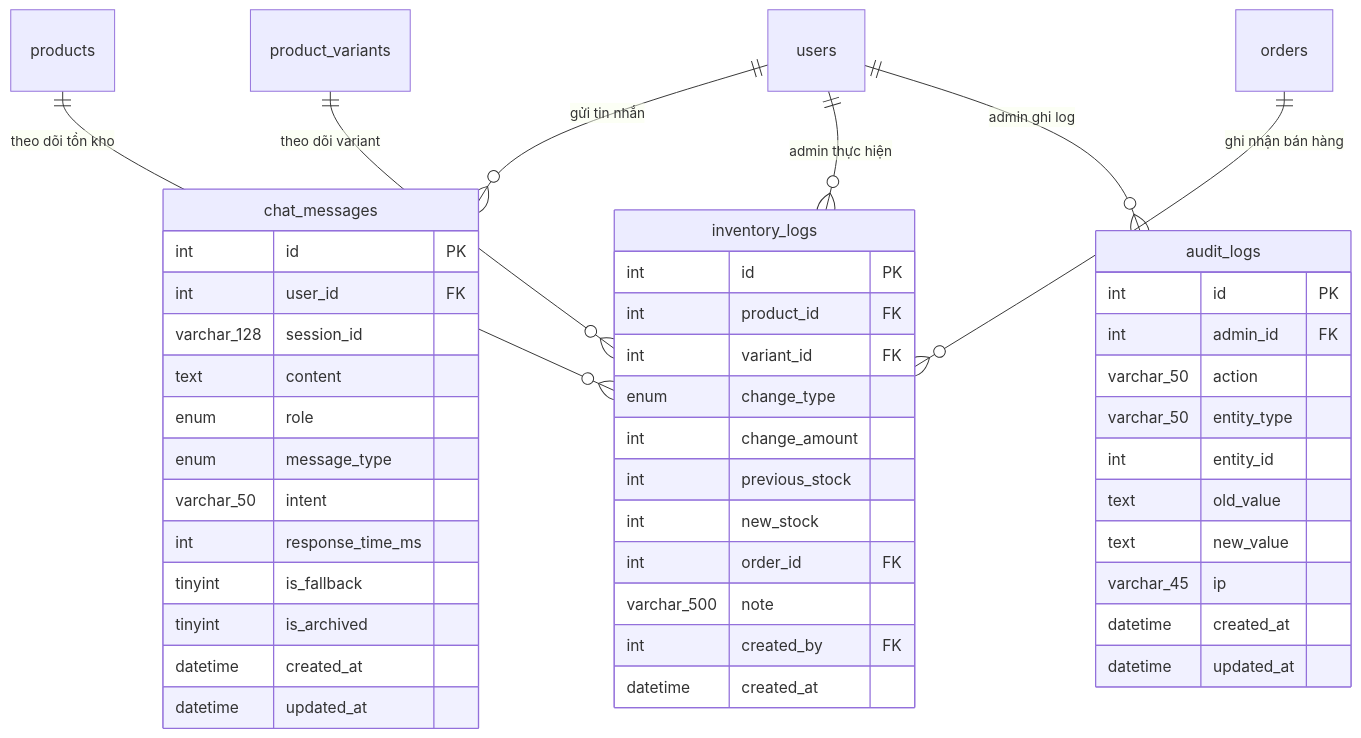
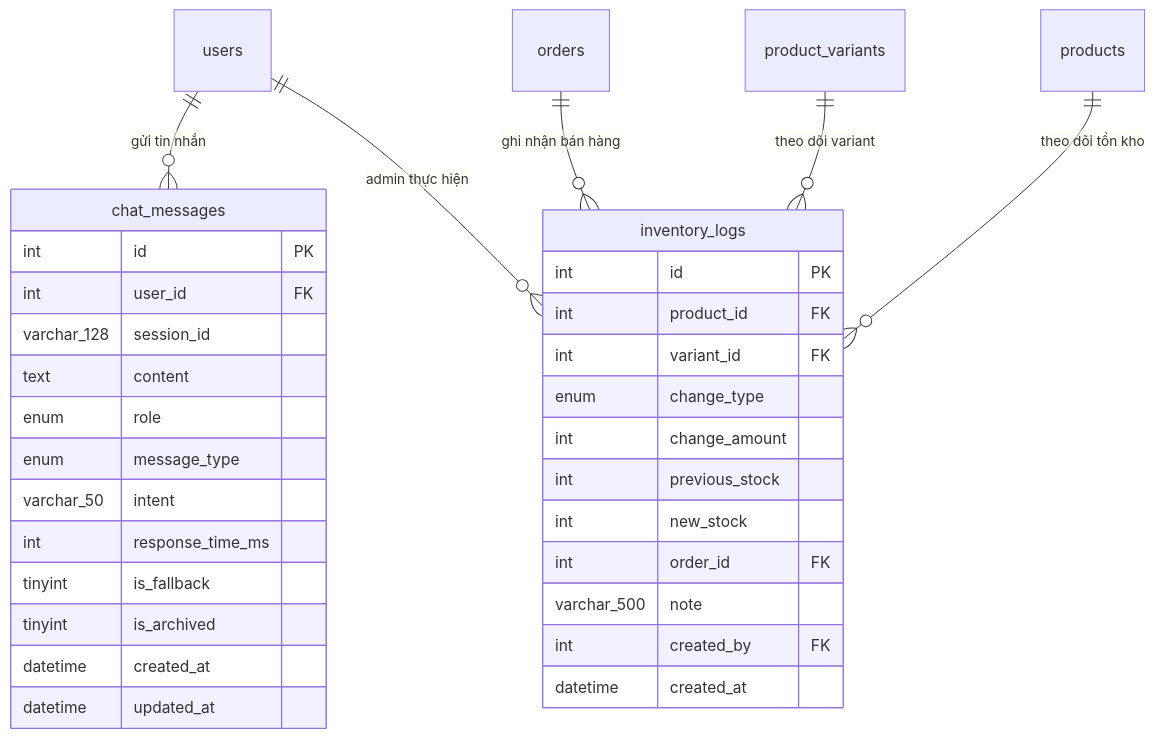
Before and after one commit to MinhThang1009/E-commerce-website: diagram 21 of 28 in DIAGRAMS.md, drawn with Mermaid. The commit also changed other lines of this file and 306 other files, not shown here.

First line of the commit message:
refactor: xóa Redis, AuditLog, cache middleware và dọn test files

````diff
--- a/DIAGRAMS.md
+++ b/DIAGRAMS.md
@@ -1237,51 +1221,37 @@
 ```mermaid
 erDiagram
     chat_messages {
         int id PK
         int user_id FK
         varchar_128 session_id
         text content
         enum role
         enum message_type
         varchar_50 intent
         int response_time_ms
         tinyint is_fallback
         tinyint is_archived
         datetime created_at
         datetime updated_at
     }
 
     inventory_logs {
         int id PK
         int product_id FK
         int variant_id FK
         enum change_type
         int change_amount
         int previous_stock
         int new_stock
         int order_id FK
         varchar_500 note
         int created_by FK
         datetime created_at
     }
 
-    audit_logs {
-        int id PK
-        int admin_id FK
-        varchar_50 action
-        varchar_50 entity_type
-        int entity_id
-        text old_value
-        text new_value
-        varchar_45 ip
-        datetime created_at
-        datetime updated_at
-    }
-
     users ||--o{ chat_messages : "gửi tin nhắn"
     products ||--o{ inventory_logs : "theo dõi tồn kho"
     product_variants ||--o{ inventory_logs : "theo dõi variant"
     orders ||--o{ inventory_logs : "ghi nhận bán hàng"
     users ||--o{ inventory_logs : "admin thực hiện"
-    users ||--o{ audit_logs : "admin ghi log"
 ```
````
